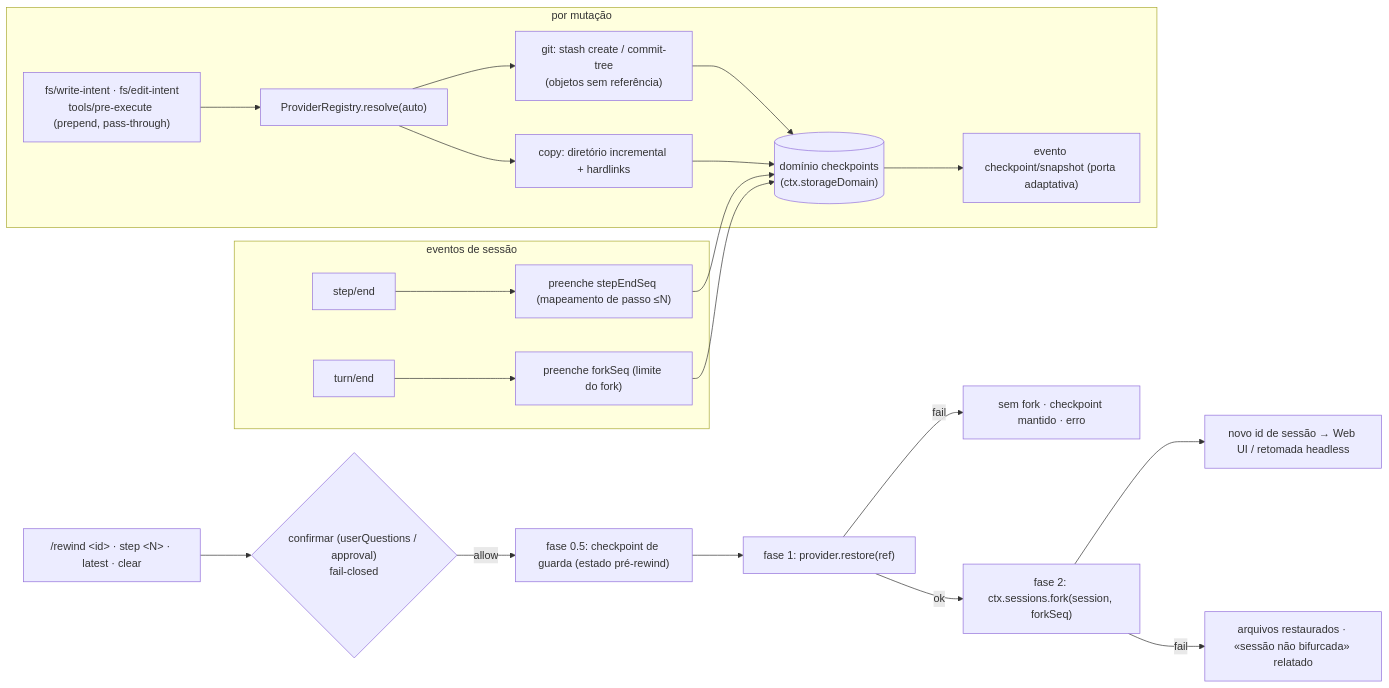
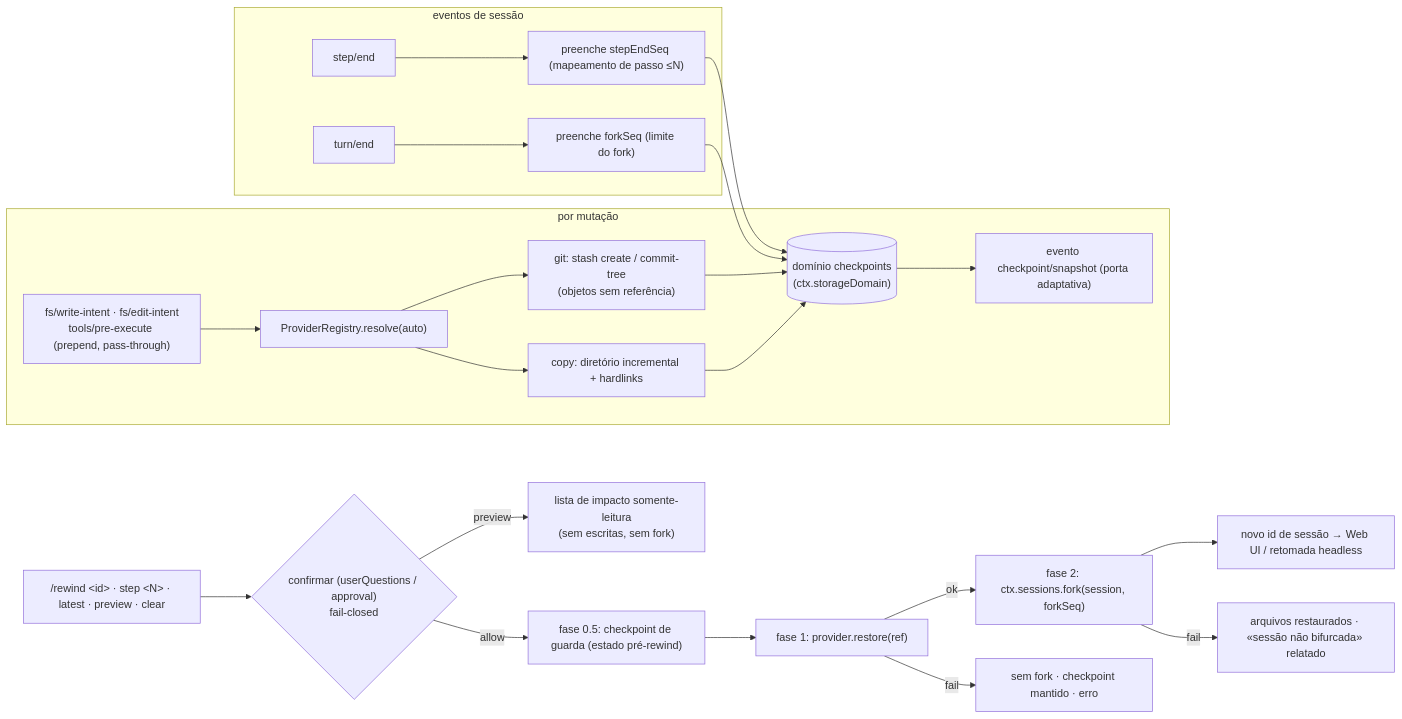
Before and after one commit to PerryLink/dsh-checkpoint-rewind: the diagram in README.pt.md, drawn with Mermaid. The commit also changed other lines of this file and 8 other files, not shown here.

Commit message:
docs: 0.4.0 —— 五语 README 同步（preview/glob/安全加固/演示与测试数 160）、ARCHITECTURE D14-D16、CHANGELOG 0.4.0 定版、SECURITY 资源面与不变量、AGENTS 布局图补 projection.mjs

````diff
--- a/README.pt.md
+++ b/README.pt.md
@@ -185,24 +205,25 @@
 ```mermaid
 flowchart LR
   subgraph capture["por mutação"]
     A["fs/write-intent · fs/edit-intent<br/>tools/pre-execute (prepend, pass-through)"] --> B["ProviderRegistry.resolve(auto)"]
     B --> C["git: stash create / commit-tree<br/>(objetos sem referência)"]
     B --> D["copy: diretório incremental + hardlinks"]
     C --> E[("domínio checkpoints<br/>(ctx.storageDomain)")]
     D --> E
     E --> F["evento checkpoint/snapshot (porta adaptativa)"]
   end
   subgraph session["eventos de sessão"]
     G["step/end"] --> H["preenche stepEndSeq (mapeamento de passo ≤N)"]
     I["turn/end"] --> J["preenche forkSeq (limite do fork)"]
     H --> E
     J --> E
   end
-  K["/rewind &lt;id&gt; · step &lt;N&gt; · latest · clear"] --> L{"confirmar (userQuestions / approval)<br/>fail-closed"}
+  K["/rewind &lt;id&gt; · step &lt;N&gt; · latest · preview · clear"] --> L{"confirmar (userQuestions / approval)<br/>fail-closed"}
+  L -->|preview| KP["lista de impacto somente-leitura<br/>(sem escritas, sem fork)"]
   L -->|allow| M["fase 0.5: checkpoint de guarda (estado pré-rewind)"]
   M --> N["fase 1: provider.restore(ref)"]
   N -->|ok| O["fase 2: ctx.sessions.fork(session, forkSeq)"]
   O --> P["novo id de sessão → Web UI / retomada headless"]
   N -->|fail| Q["sem fork · checkpoint mantido · erro"]
   O -->|fail| R["arquivos restaurados · «sessão não bifurcada» relatado"]
 ```
````
